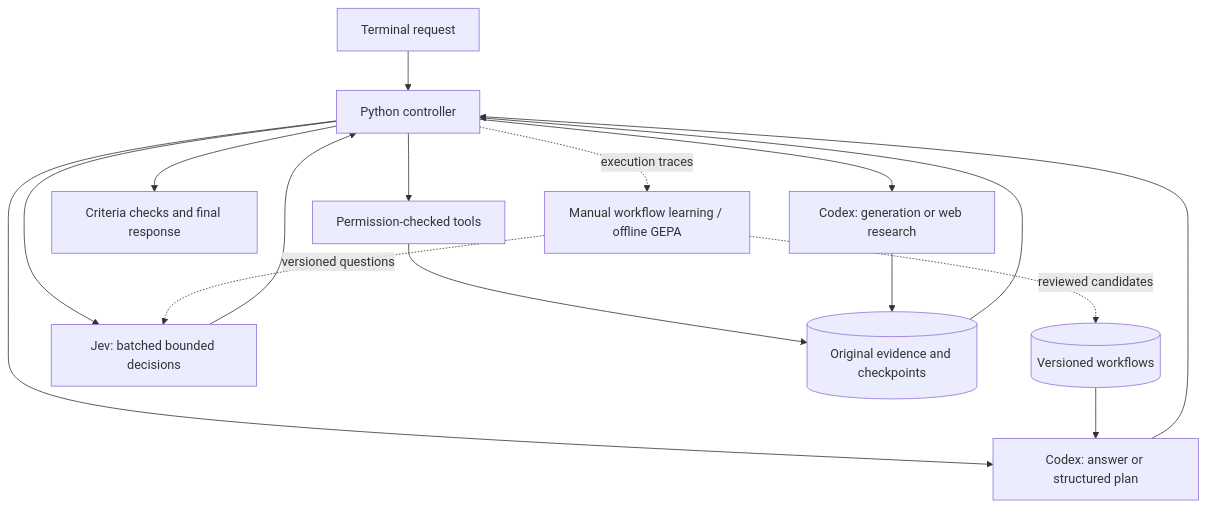
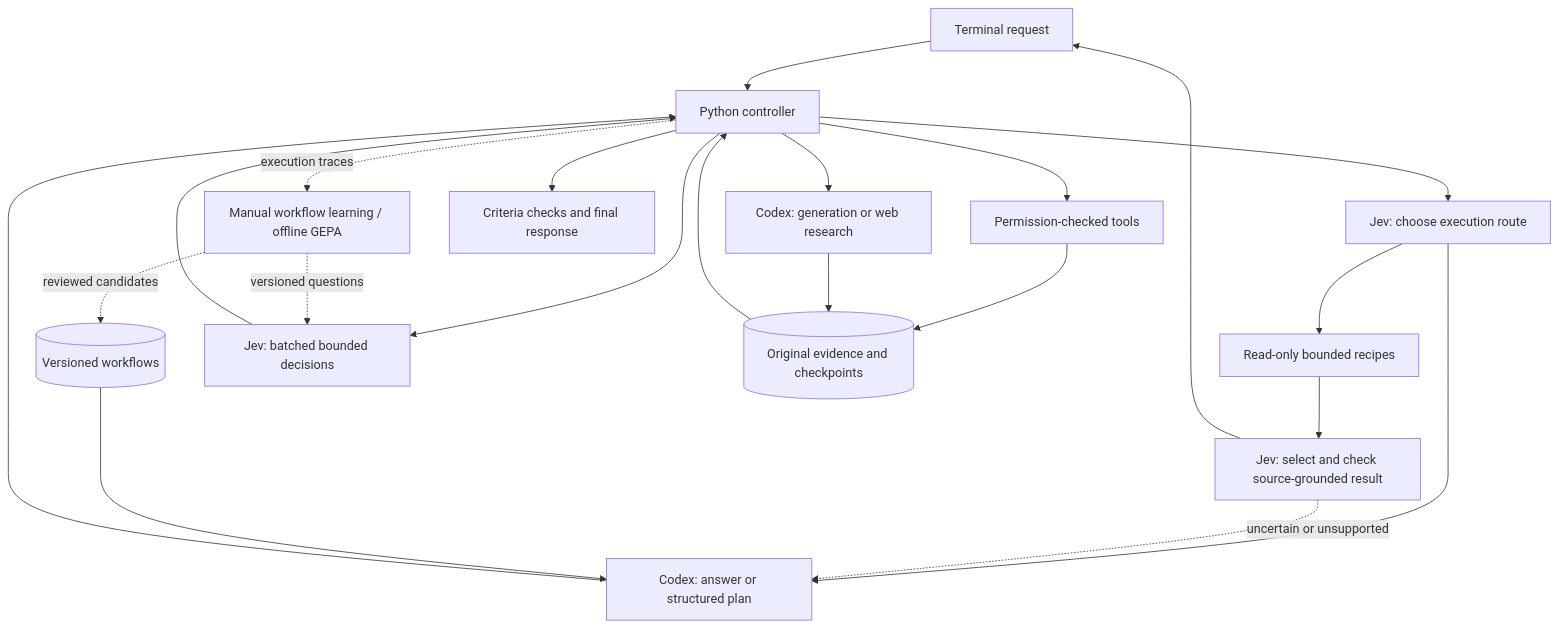
The diagram in README.md (itsflownium/Kestrel-Agent), drawn with Mermaid before and after one commit. The commit also changed other lines of this file and 17 other files, not shown here.

Commit message:
Route bounded tasks through schema-driven Jev fast paths

````diff
--- a/README.md
+++ b/README.md
@@ -52,18 +52,23 @@
 ```mermaid
 flowchart TD
     U[Terminal request] --> C[Python controller]
-    C --> P[Codex: answer or structured plan]
+    C --> R[Jev: choose execution route]
+    R --> F[Read-only bounded recipes]
+    F --> V[Jev: select and check source-grounded result]
+    V --> U
+    R --> P[Codex: answer or structured plan]
+    V -. uncertain or unsupported .-> P
     W[(Versioned workflows)] --> P
     P --> C
     C --> J[Jev: batched bounded decisions]
     J --> C
     C --> T[Permission-checked tools]
     T --> E[(Original evidence and checkpoints)]
     E --> C
     C --> G[Codex: generation or web research]
     G --> E
     C --> A[Criteria checks and final response]
     C -. execution traces .-> L[Manual workflow learning / offline GEPA]
     L -. reviewed candidates .-> W
     L -. versioned questions .-> J
 ```
````
